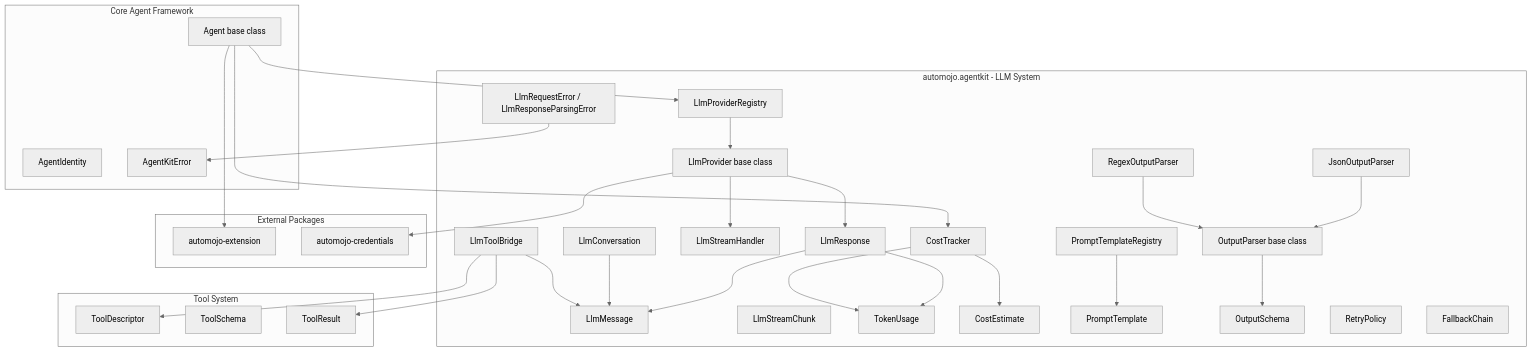
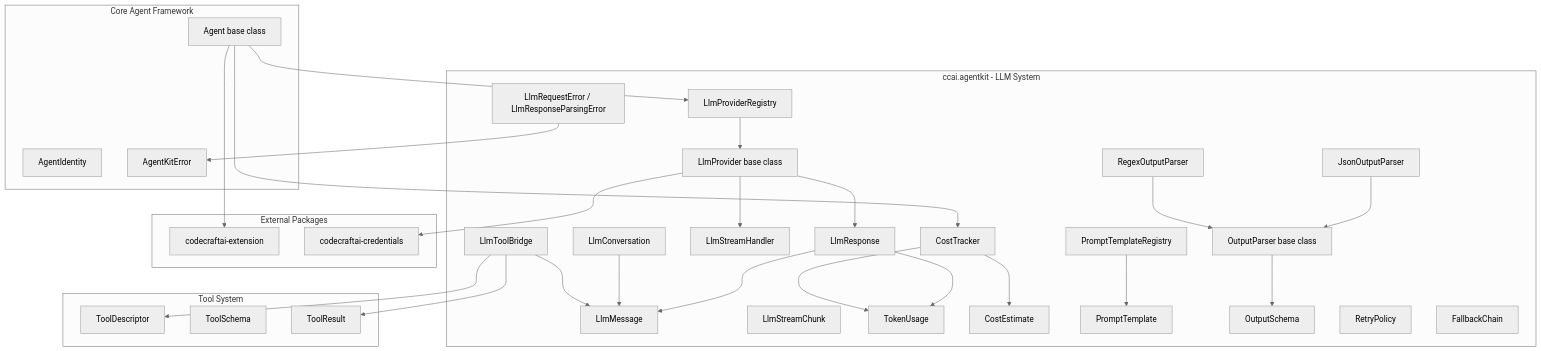
Before and after one commit to code-craft-ai-company/codecraftai-agent-kit: the first of 4 diagrams in specs/llm-integration/design.md, drawn with Mermaid (neutral theme). The commit also changed other lines of this file and 1083 other files, not shown here.

Commit message:
rebrand: Automation Mojo -> Code Craft AI (automojo->ccai namespace)

````diff
--- a/specs/llm-integration/design.md
+++ b/specs/llm-integration/design.md
@@ -33,63 +33,63 @@
 ```mermaid
 graph TD
-    subgraph automojo.agentkit - LLM System
+    subgraph ccai.agentkit - LLM System
         LlmProvider[LlmProvider base class]
         LlmMessage[LlmMessage]
         LlmConversation[LlmConversation]
         LlmResponse[LlmResponse]
         LlmStreamChunk[LlmStreamChunk]
         LlmStreamHandler[LlmStreamHandler]
         TokenUsage[TokenUsage]
         CostEstimate[CostEstimate]
         CostTracker[CostTracker]
         PromptTemplate[PromptTemplate]
         PromptTemplateRegistry[PromptTemplateRegistry]
         OutputParser[OutputParser base class]
         JsonOutputParser[JsonOutputParser]
         RegexOutputParser[RegexOutputParser]
         OutputSchema[OutputSchema]
         LlmProviderRegistry[LlmProviderRegistry]
         RetryPolicy[RetryPolicy]
         FallbackChain[FallbackChain]
         LlmToolBridge[LlmToolBridge]
         LlmErrors[LlmRequestError / LlmResponseParsingError]
     end
 
     subgraph Core Agent Framework
         Agent[Agent base class]
         AgentIdentity[AgentIdentity]
         AgentKitError[AgentKitError]
     end
 
     subgraph Tool System
         ToolDescriptor[ToolDescriptor]
         ToolSchema[ToolSchema]
         ToolResult[ToolResult]
     end
 
     subgraph External Packages
-        Extension[automojo-extension]
-        Credentials[automojo-credentials]
+        Extension[codecraftai-extension]
+        Credentials[codecraftai-credentials]
     end
 
     Agent --> LlmProviderRegistry
     Agent --> CostTracker
     LlmProvider --> LlmResponse
     LlmProvider --> LlmStreamHandler
     LlmResponse --> LlmMessage
     LlmResponse --> TokenUsage
     LlmConversation --> LlmMessage
     CostTracker --> TokenUsage
     CostTracker --> CostEstimate
     OutputParser --> OutputSchema
     JsonOutputParser --> OutputParser
     RegexOutputParser --> OutputParser
     LlmToolBridge --> ToolDescriptor
     LlmToolBridge --> ToolResult
     LlmToolBridge --> LlmMessage
     LlmProviderRegistry --> LlmProvider
     LlmErrors --> AgentKitError
     LlmProvider --> Credentials
     Agent --> Extension
     PromptTemplateRegistry --> PromptTemplate
 ```
````
